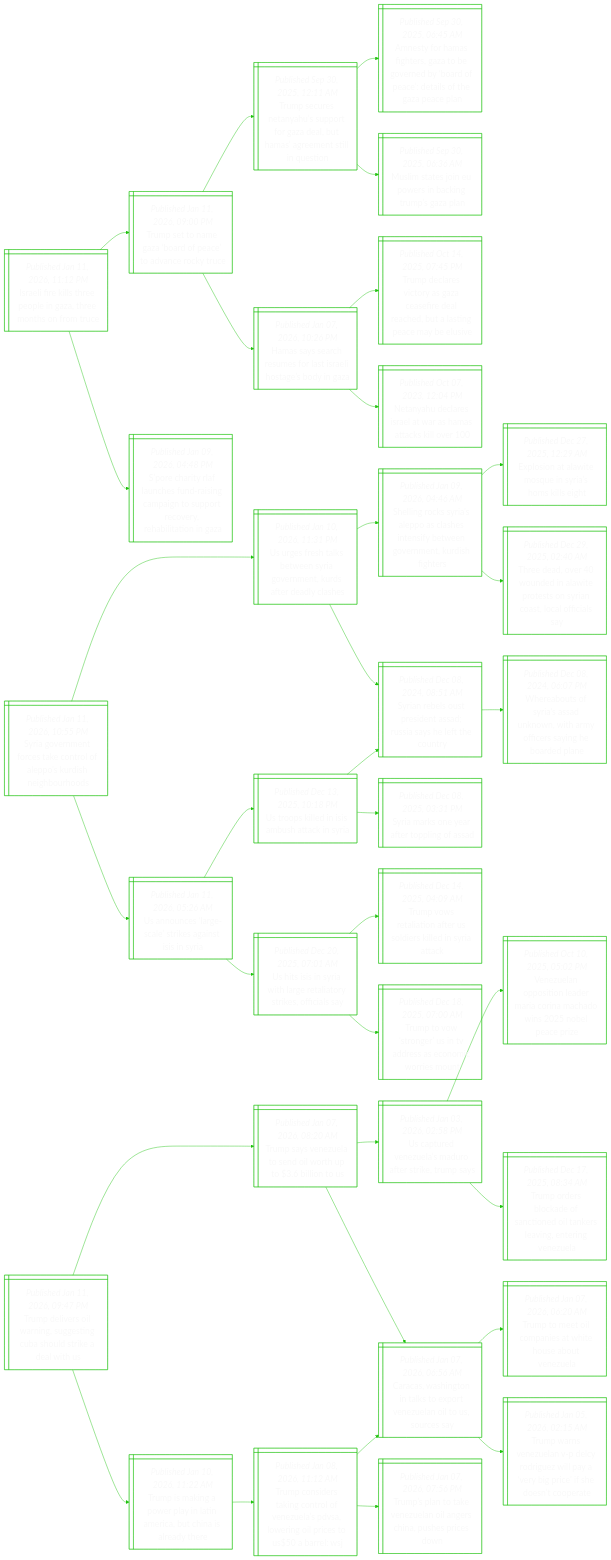
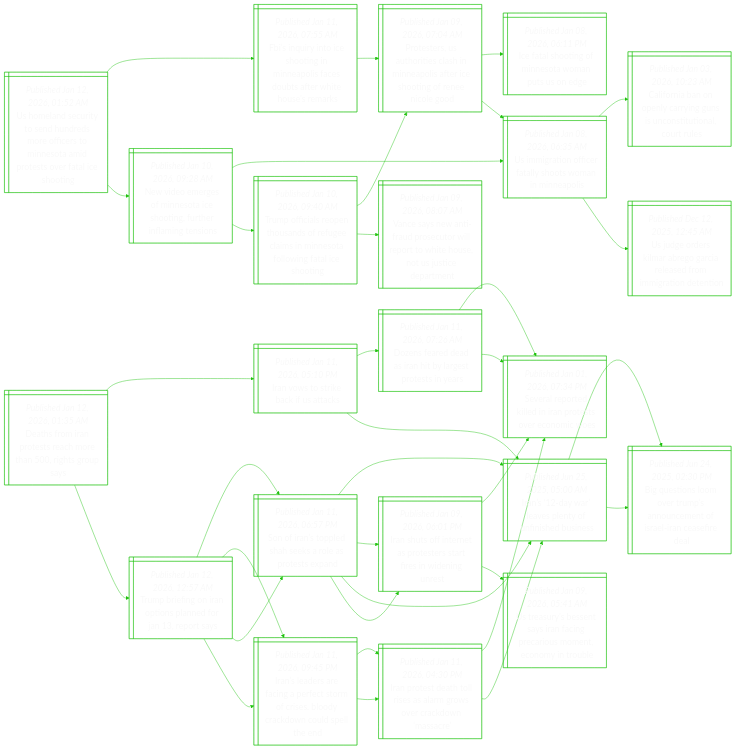
Before and after one commit to notJmes/notJmes: the diagram in README.md, drawn with Mermaid. The commit also changed other lines of this file, not shown here.

````diff
--- a/README.md
+++ b/README.md
@@ -16,112 +16,115 @@
 flowchart LR
 classDef txtsize font-size:20px;
 
-Ileselarnnt@{ shape: win-pane, label: "_Published Jan 11, 2026, 11:12 PM_
-Israeli fire kills three people in gaza, three months on from truce" }
-TsnaaPtaor@{ shape: win-pane, label: "_Published Jan 11, 2026, 09:00 PM_
-Trump set to name gaza ‘board of peace’ to advance rocky truce" }
-Tseaupoabmrnluo@{ shape: win-pane, label: "_Published Sep 30, 2025, 12:11 AM_
-Trump secures netanyahu’s support for gaza deal, but hamas’ agreement still in question" }
-AtHfezerydatoGel@{ shape: win-pane, label: "_Published Sep 30, 2025, 06:45 AM_
-Amnesty for hamas fighters, gaza to be governed by ‘board of peace’: details of the gaza peace plan" }
-Mmenwniuaa@{ shape: win-pane, label: "_Published Sep 30, 2025, 06:36 AM_
-Muslim states join eu powers in backing trump’s gaza plan" }
-HserelsiaoG@{ shape: win-pane, label: "_Published Jan 07, 2026, 10:26 PM_
-Hamas says search resumes for last israeli hostage’s body in gaza" }
-Tdrcaaededlncbs@{ shape: win-pane, label: "_Published Oct 14, 2025, 07:45 PM_
-Trump declares victory as gaza ceasefire deal reached, but a lasting peace may be elusive" }
-NyeeawHakl@{ shape: win-pane, label: "_Published Oct 07, 2023, 12:04 PM_
-Netanyahu declares israel at war as hamas attacks kill over 100" }
-SctFcuicisroritn@{ shape: win-pane, label: "_Published Jan 09, 2026, 04:48 PM_
-S’pore charity rlaf launches fund-raising campaign to support recovery, rehabilitation in gaza" }
+Uesisudecoeartrlhn@{ shape: win-pane, label: "_Published Jan 12, 2026, 01:52 AM_
+Us homeland security to send hundreds more officers to minnesota amid protests over fatal ice shooting" }
+FnyIognoaoaWHsr@{ shape: win-pane, label: "_Published Jan 11, 2026, 07:55 AM_
+Fbi’s inquiry into ice shooting in minneapolis faces doubts after white house’s remarks" }
+PsUhiaMasrhneiG@{ shape: win-pane, label: "_Published Jan 09, 2026, 07:04 AM_
+Protesters, us authorities clash in minneapolis after ice shooting of renee nicole good" }
+Itogntase@{ shape: win-pane, label: "_Published Jan 08, 2026, 06:11 PM_
+Ice fatal shooting of minnesota woman puts us on edge" }
+UiifflomMas@{ shape: win-pane, label: "_Published Jan 08, 2026, 06:35 AM_
+Us immigration officer fatally shoots woman in minneapolis" }
+Ndeonahntnins@{ shape: win-pane, label: "_Published Jan 10, 2026, 09:28 AM_
+New video emerges of minnesota ice shooting, further inflaming tensions" }
+UiifflomMas@{ shape: win-pane, label: "_Published Jan 08, 2026, 06:35 AM_
+Us immigration officer fatally shoots woman in minneapolis" }
+Coboyyuustlts@{ shape: win-pane, label: "_Published Jan 03, 2026, 10:23 AM_
+California ban on openly carrying guns is unconstitutional, court rules" }
+UgelbGaarmtei@{ shape: win-pane, label: "_Published Dec 12, 2025, 12:45 AM_
+Us judge orders kilmar abrego garcia released from immigration detention" }
+ToietafganefwaCo@{ shape: win-pane, label: "_Published Jan 10, 2026, 09:40 AM_
+Trump officials reopen thousands of refugee claims in minnesota following fatal ice shooting" }
+PsUhiaMasrhneiG@{ shape: win-pane, label: "_Published Jan 09, 2026, 07:04 AM_
+Protesters, us authorities clash in minneapolis after ice shooting of renee nicole good" }
+VseiderrtiutsDt@{ shape: win-pane, label: "_Published Jan 09, 2026, 08:07 AM_
+Vance says new anti-fraud prosecutor will report to white house, not us justice department" }
 
-Ileselarnnt:::txtsize --> TsnaaPtaor:::txtsize
-TsnaaPtaor:::txtsize --> Tseaupoabmrnluo:::txtsize
-Tseaupoabmrnluo:::txtsize --> AtHfezerydatoGel:::txtsize
-Tseaupoabmrnluo:::txtsize --> Mmenwniuaa:::txtsize
-TsnaaPtaor:::txtsize --> HserelsiaoG:::txtsize
-HserelsiaoG:::txtsize --> Tdrcaaededlncbs:::txtsize
-HserelsiaoG:::txtsize --> NyeeawHakl:::txtsize
-Ileselarnnt:::txtsize --> SctFcuicisroritn:::txtsize
+Uesisudecoeartrlhn:::txtsize --> FnyIognoaoaWHsr:::txtsize
+FnyIognoaoaWHsr:::txtsize --> PsUhiaMasrhneiG:::txtsize
+PsUhiaMasrhneiG:::txtsize --> Itogntase:::txtsize
+PsUhiaMasrhneiG:::txtsize --> UiifflomMas:::txtsize
+Uesisudecoeartrlhn:::txtsize --> Ndeonahntnins:::txtsize
+Ndeonahntnins:::txtsize --> UiifflomMas:::txtsize
+UiifflomMas:::txtsize --> Coboyyuustlts:::txtsize
+UiifflomMas:::txtsize --> UgelbGaarmtei:::txtsize
+Ndeonahntnins:::txtsize --> ToietafganefwaCo:::txtsize
+ToietafganefwaCo:::txtsize --> PsUhiaMasrhneiG:::txtsize
+ToietafganefwaCo:::txtsize --> VseiderrtiutsDt:::txtsize
 
-Sgnfscolsiiud@{ shape: win-pane, label: "_Published Jan 11, 2026, 10:55 PM_
-Syria government forces take control of aleppo’s kurdish neighbourhoods" }
-Ueskwyomufece@{ shape: win-pane, label: "_Published Jan 10, 2026, 11:31 PM_
-Us urges fresh talks between syria government, kurds after deadly clashes" }
-SicrlasnitgnKsh@{ shape: win-pane, label: "_Published Jan 09, 2026, 04:46 AM_
-Shelling rocks syria’s aleppo as clashes intensify between government, kurdish fighters" }
-Estisnasst@{ shape: win-pane, label: "_Published Dec 27, 2025, 12:29 AM_
-Explosion at alawite mosque in syria’s homs kills eight" }
-Tdvuiwrtycloia@{ shape: win-pane, label: "_Published Dec 29, 2025, 02:40 AM_
-Three dead, over 40 wounded in alawite protests on syrian coast, local officials say" }
-SnltiARahtoy@{ shape: win-pane, label: "_Published Dec 08, 2024, 08:51 AM_
-Syrian rebels oust president assad; russia says he left the country" }
-Wasrsnnafriben@{ shape: win-pane, label: "_Published Dec 08, 2024, 06:07 PM_
-Whereabouts of syria's assad unknown, with army officers saying he boarded plane" }
-UoseekaIna@{ shape: win-pane, label: "_Published Jan 11, 2026, 05:26 AM_
-Us announces ‘large-scale’ strikes against isis in syria" }
-Uolnahcy@{ shape: win-pane, label: "_Published Dec 13, 2025, 10:18 PM_
-Us troops killed in isis ambush attack in syria" }
-SnltiARahtoy@{ shape: win-pane, label: "_Published Dec 08, 2024, 08:51 AM_
-Syrian rebels oust president assad; russia says he left the country" }
-Smoaepoa@{ shape: win-pane, label: "_Published Dec 08, 2025, 03:31 PM_
-Syria marks one year after toppling of assad" }
-Usiihelrifay@{ shape: win-pane, label: "_Published Dec 20, 2025, 07:01 AM_
-Us hits isis in syria with large retaliatory strikes, officials say" }
-TveaaUdkdrt@{ shape: win-pane, label: "_Published Dec 14, 2025, 04:09 AM_
-Trump vows retaliation after us soldiers killed in syria attack" }
-Ttsgidsociu@{ shape: win-pane, label: "_Published Dec 18, 2025, 07:00 AM_
-Trump to vow ‘stronger’ us in tv address as economic worries mount" }
+DsIrtcersp@{ shape: win-pane, label: "_Published Jan 12, 2026, 01:35 AM_
+Deaths from iran protests reach more than 500, rights group says" }
+Ioseits@{ shape: win-pane, label: "_Published Jan 11, 2026, 05:10 PM_
+Iran vows to strike back if us attacks" }
+Dsedabgrte@{ shape: win-pane, label: "_Published Jan 11, 2026, 07:26 AM_
+Dozens feared dead as iran hit by largest protests in years" }
+Saokdatocis@{ shape: win-pane, label: "_Published Jan 01, 2026, 07:34 PM_
+Several reported killed in iran protests over economic woes" }
+Saokdatocis@{ shape: win-pane, label: "_Published Jan 01, 2026, 07:34 PM_
+Several reported killed in iran protests over economic woes" }
+IDrenuibe@{ shape: win-pane, label: "_Published Jun 25, 2025, 05:00 AM_
+Iran’s ‘12-day war’ leaves plenty of unfinished business" }
+BenmTsueIlcfe@{ shape: win-pane, label: "_Published Jun 24, 2025, 02:30 PM_
+Big questions loom over trump’s announcement of israel-iran ceasefire deal" }
+TbiIpsnres@{ shape: win-pane, label: "_Published Jan 12, 2026, 12:57 AM_
+Trump briefing on iran options planned for jan 13, report says" }
+SItehseosn@{ shape: win-pane, label: "_Published Jan 11, 2026, 06:57 PM_
+Son of iran’s toppled shah seeks a role as protests expand" }
+IDrenuibe@{ shape: win-pane, label: "_Published Jun 25, 2025, 05:00 AM_
+Iran’s ‘12-day war’ leaves plenty of unfinished business" }
+Ihfeatrreine@{ shape: win-pane, label: "_Published Jan 09, 2026, 06:01 PM_
+Iran shuts off internet as protesters start fires in widening unrest" }
+Ilrfgftfeoawlle@{ shape: win-pane, label: "_Published Jan 11, 2026, 09:45 PM_
+Iran’s leaders are facing a perfect storm of crises. bloody crackdown could spell the end" }
+Irthrarwrkmc@{ shape: win-pane, label: "_Published Jan 11, 2026, 04:30 PM_
+Iran protest death toll rises as alarm grows over crackdown ‘massacre’" }
 
-Sgnfscolsiiud:::txtsize --> Ueskwyomufece:::txtsize
-Ueskwyomufece:::txtsize --> SicrlasnitgnKsh:::txtsize
-SicrlasnitgnKsh:::txtsize --> Estisnasst:::txtsize
-SicrlasnitgnKsh:::txtsize --> Tdvuiwrtycloia:::txtsize
-Ueskwyomufece:::txtsize --> SnltiARahtoy:::txtsize
-SnltiARahtoy:::txtsize --> Wasrsnnafriben:::txtsize
-Sgnfscolsiiud:::txtsize --> UoseekaIna:::txtsize
-UoseekaIna:::txtsize --> Uolnahcy:::txtsize
-Uolnahcy:::txtsize --> SnltiARahtoy:::txtsize
-Uolnahcy:::txtsize --> Smoaepoa:::txtsize
-UoseekaIna:::txtsize --> Usiihelrifay:::txtsize
-Usiihelrifay:::txtsize --> TveaaUdkdrt:::txtsize
-Usiihelrifay:::txtsize --> Ttsgidsociu:::txtsize
+DsIrtcersp:::txtsize --> Ioseits:::txtsize
+Ioseits:::txtsize --> Dsedabgrte:::txtsize
+Dsedabgrte:::txtsize --> Saokdatocis:::txtsize
+Dsedabgrte:::txtsize --> Saokdatocis:::txtsize
+Ioseits:::txtsize --> IDrenuibe:::txtsize
+IDrenuibe:::txtsize --> BenmTsueIlcfe:::txtsize
+DsIrtcersp:::txtsize --> TbiIpsnres:::txtsize
+TbiIpsnres:::txtsize --> SItehseosn:::txtsize
+SItehseosn:::txtsize --> IDrenuibe:::txtsize
+SItehseosn:::txtsize --> Ihfeatrreine:::txtsize
+TbiIpsnres:::txtsize --> Ilrfgftfeoawlle:::txtsize
+Ilrfgftfeoawlle:::txtsize --> Irthrarwrkmc:::txtsize
 
-Tdeligiburdi@{ shape: win-pane, label: "_Published Jan 11, 2026, 09:47 PM_
-Trump delivers oil warning, suggesting cuba should strike a deal with us" }
-TseesitoiU@{ shape: win-pane, label: "_Published Jan 07, 2026, 08:20 AM_
-Trump says venezuela to send oil worth up to $3.6 billion to us" }
-UtVuMorkms@{ shape: win-pane, label: "_Published Jan 03, 2026, 02:58 PM_
-Us captured venezuela’s maduro after strike, trump says" }
-Vuoilranhibai@{ shape: win-pane, label: "_Published Oct 10, 2025, 05:02 PM_
-Venezuelan opposition leader maria corina machado wins 2025 nobel peace prize" }
-Toskftdasitgz@{ shape: win-pane, label: "_Published Dec 17, 2025, 08:34 AM_
-Trump orders blockade of sanctioned oil tankers leaving, entering venezuela" }
-Cahoaoreatos@{ shape: win-pane, label: "_Published Jan 07, 2026, 06:56 AM_
-Caracas, washington in talks to export venezuelan oil to us, sources say" }
-TttoiWHaVu@{ shape: win-pane, label: "_Published Jan 07, 2026, 06:20 AM_
-Trump to meet oil companies at white house about venezuela" }
-TwVuVcrzpegeenpe@{ shape: win-pane, label: "_Published Jan 05, 2026, 02:15 AM_
-Trump warns venezuelan v-p delcy rodriguez will pay a ‘very big price’ if she doesn’t cooperate" }
-TiiolLAcCieh@{ shape: win-pane, label: "_Published Jan 10, 2026, 11:22 AM_
-Trump is making a power play in latin america, but china is already there" }
-TcdacoeeDonpsae@{ shape: win-pane, label: "_Published Jan 08, 2026, 11:12 AM_
-Trump considers taking control of venezuela’s pdvsa, lowering oil prices to us$50 a barrel: wsj" }
-Cahoaoreatos@{ shape: win-pane, label: "_Published Jan 07, 2026, 06:56 AM_
-Caracas, washington in talks to export venezuelan oil to us, sources say" }
-TsteznnCpsen@{ shape: win-pane, label: "_Published Jan 07, 2026, 07:56 PM_
-Trump’s plan to take venezuelan oil angers china, pushes prices down" }
+TbiIpsnres@{ shape: win-pane, label: "_Published Jan 12, 2026, 12:57 AM_
+Trump briefing on iran options planned for jan 13, report says" }
+SItehseosn@{ shape: win-pane, label: "_Published Jan 11, 2026, 06:57 PM_
+Son of iran’s toppled shah seeks a role as protests expand" }
+IDrenuibe@{ shape: win-pane, label: "_Published Jun 25, 2025, 05:00 AM_
+Iran’s ‘12-day war’ leaves plenty of unfinished business" }
+BenmTsueIlcfe@{ shape: win-pane, label: "_Published Jun 24, 2025, 02:30 PM_
+Big questions loom over trump’s announcement of israel-iran ceasefire deal" }
+Ihfeatrreine@{ shape: win-pane, label: "_Published Jan 09, 2026, 06:01 PM_
+Iran shuts off internet as protesters start fires in widening unrest" }
+Saokdatocis@{ shape: win-pane, label: "_Published Jan 01, 2026, 07:34 PM_
+Several reported killed in iran protests over economic woes" }
+Uaseynncueoiu@{ shape: win-pane, label: "_Published Jan 09, 2026, 05:41 AM_
+Us treasury’s bessent says iran facing precarious moment, economy in trouble" }
+Ilrfgftfeoawlle@{ shape: win-pane, label: "_Published Jan 11, 2026, 09:45 PM_
+Iran’s leaders are facing a perfect storm of crises. bloody crackdown could spell the end" }
+Irthrarwrkmc@{ shape: win-pane, label: "_Published Jan 11, 2026, 04:30 PM_
+Iran protest death toll rises as alarm grows over crackdown ‘massacre’" }
+Saokdatocis@{ shape: win-pane, label: "_Published Jan 01, 2026, 07:34 PM_
+Several reported killed in iran protests over economic woes" }
+IDrenuibe@{ shape: win-pane, label: "_Published Jun 25, 2025, 05:00 AM_
+Iran’s ‘12-day war’ leaves plenty of unfinished business" }
 
-Tdeligiburdi:::txtsize --> TseesitoiU:::txtsize
-TseesitoiU:::txtsize --> UtVuMorkms:::txtsize
-UtVuMorkms:::txtsize --> Vuoilranhibai:::txtsize
-UtVuMorkms:::txtsize --> Toskftdasitgz:::txtsize
-TseesitoiU:::txtsize --> Cahoaoreatos:::txtsize
-Cahoaoreatos:::txtsize --> TttoiWHaVu:::txtsize
-Cahoaoreatos:::txtsize --> TwVuVcrzpegeenpe:::txtsize
-Tdeligiburdi:::txtsize --> TiiolLAcCieh:::txtsize
-TiiolLAcCieh:::txtsize --> TcdacoeeDonpsae:::txtsize
-TcdacoeeDonpsae:::txtsize --> Cahoaoreatos:::txtsize
-TcdacoeeDonpsae:::txtsize --> TsteznnCpsen:::txtsize
+TbiIpsnres:::txtsize --> SItehseosn:::txtsize
+SItehseosn:::txtsize --> IDrenuibe:::txtsize
+IDrenuibe:::txtsize --> BenmTsueIlcfe:::txtsize
+SItehseosn:::txtsize --> Ihfeatrreine:::txtsize
+Ihfeatrreine:::txtsize --> Saokdatocis:::txtsize
+Ihfeatrreine:::txtsize --> Uaseynncueoiu:::txtsize
+TbiIpsnres:::txtsize --> Ilrfgftfeoawlle:::txtsize
+Ilrfgftfeoawlle:::txtsize --> Irthrarwrkmc:::txtsize
+Irthrarwrkmc:::txtsize --> Saokdatocis:::txtsize
+Irthrarwrkmc:::txtsize --> IDrenuibe:::txtsize
 
 ```
````
